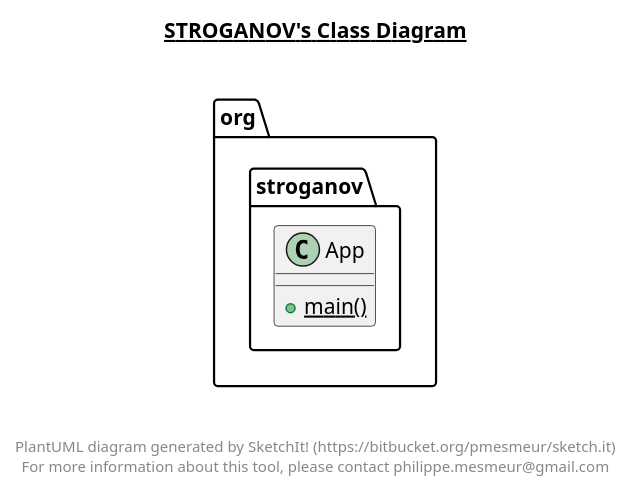
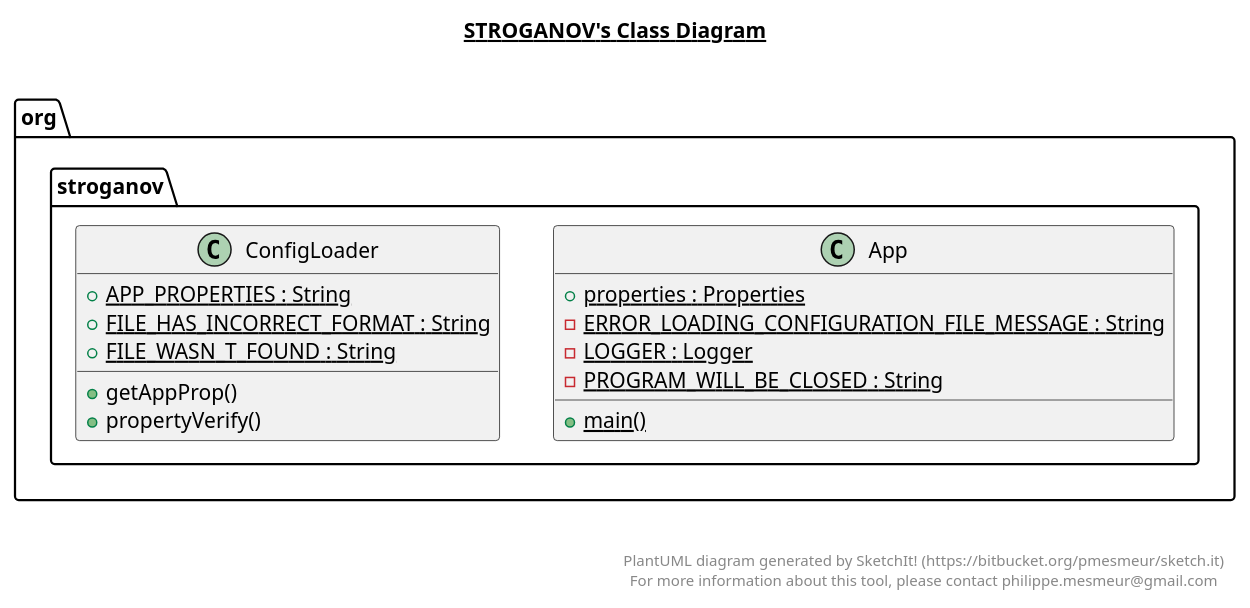
Before and after one commit to SergeyStroganoff/LibraryApp: the diagram in src/main/java/org/stroganov/stroganov.plantuml, drawn with PlantUML. The commit also changed 14 other files, not shown here.

```diff
--- a/src/main/java/org/stroganov/stroganov.plantuml
+++ b/src/main/java/org/stroganov/stroganov.plantuml
@@ -1,21 +1,36 @@
 @startuml
 
 title __STROGANOV's Class Diagram__\n
 
   namespace org.stroganov {
     class org.stroganov.App {
+        {static} + properties : Properties
+        {static} - ERROR_LOADING_CONFIGURATION_FILE_MESSAGE : String
+        {static} - LOGGER : Logger
+        {static} - PROGRAM_WILL_BE_CLOSED : String
         {static} + main()
+    }
+  }
+  
+
+  namespace org.stroganov {
+    class org.stroganov.ConfigLoader {
+        {static} + APP_PROPERTIES : String
+        {static} + FILE_HAS_INCORRECT_FORMAT : String
+        {static} + FILE_WASN_T_FOUND : String
+        + getAppProp()
+        + propertyVerify()
     }
   }
   
 
 
 
 right footer
 
 
 PlantUML diagram generated by SketchIt! (https://bitbucket.org/pmesmeur/sketch.it)
 For more information about this tool, please contact philippe.mesmeur@gmail.com
 endfooter
 
 @enduml
```
